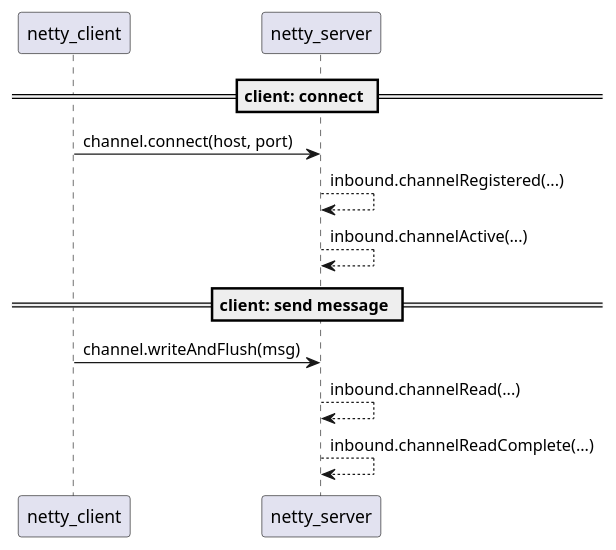
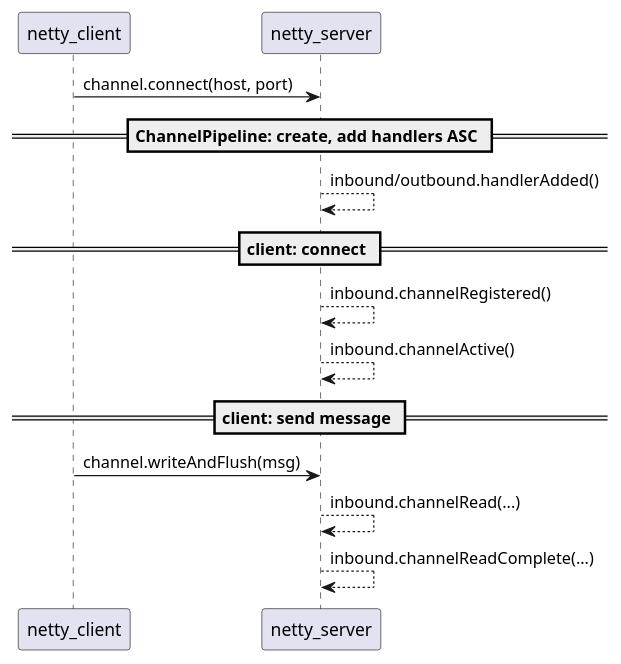
Before and after one commit to vergilyn/netty-examples: the diagram in docs/plant-uml/netty-lifecycle-event-invoke-sequence.puml, drawn with PlantUML. The commit also changed 18 other files, not shown here.

```diff
--- a/docs/plant-uml/netty-lifecycle-event-invoke-sequence.puml
+++ b/docs/plant-uml/netty-lifecycle-event-invoke-sequence.puml
@@ -1,15 +1,18 @@
 @startuml
+netty_client -> netty_server: channel.connect(host, port)
+
+== ChannelPipeline: create, add handlers ASC ==
+netty_server --> netty_server: inbound/outbound.handlerAdded()
+
 == client: connect ==
-
-netty_client -> netty_server: channel.connect(host, port)
-netty_server --> netty_server: inbound.channelRegistered(...)
-netty_server --> netty_server: inbound.channelActive(...)
+netty_server --> netty_server: inbound.channelRegistered()
+netty_server --> netty_server: inbound.channelActive()
 
 == client: send message ==
 netty_client -> netty_server: channel.writeAndFlush(msg)
 netty_server --> netty_server: inbound.channelRead(...)
 netty_server --> netty_server: inbound.channelReadComplete(...)
 
 
 
 @enduml
```
